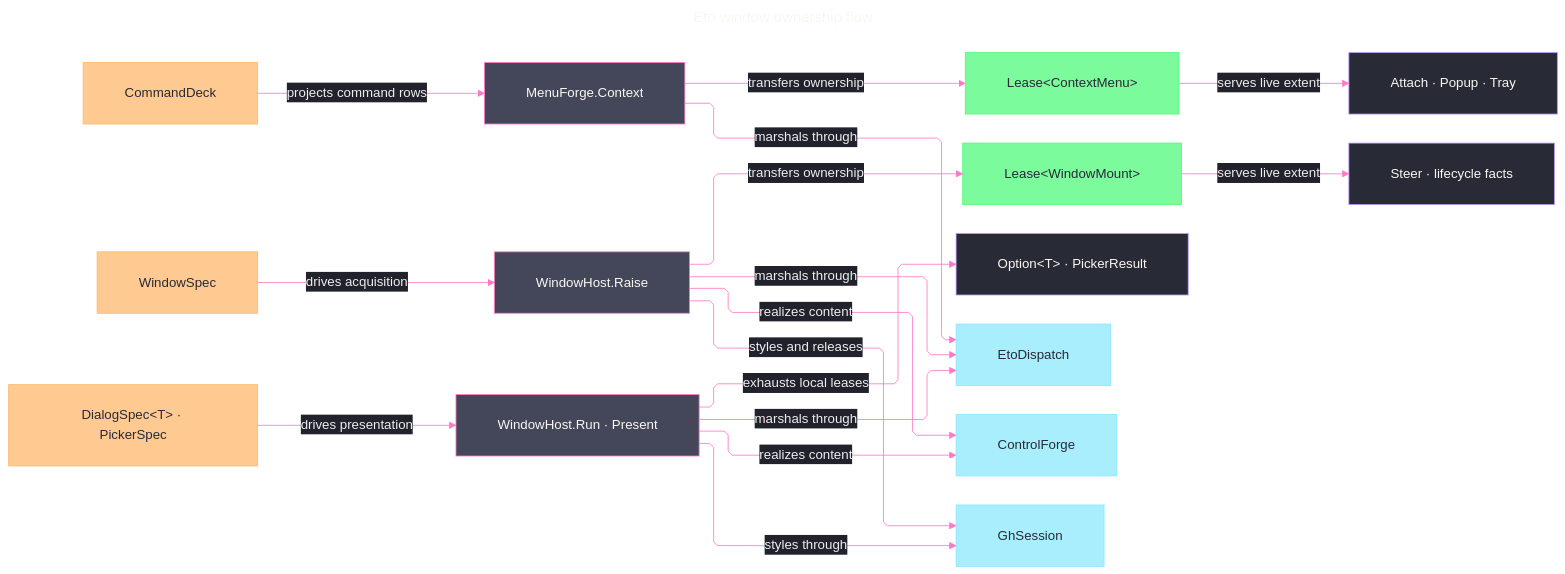
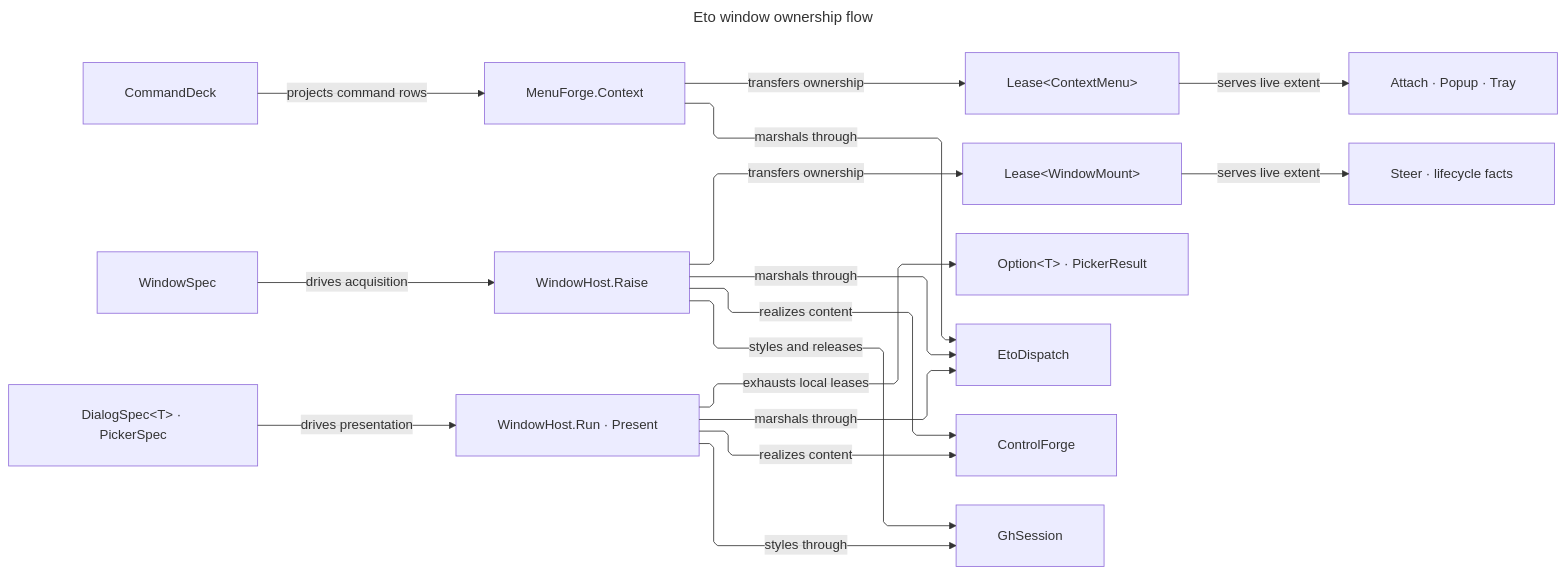
Before and after one commit to bsamiee/Rasm: the diagram in libs/csharp/Rasm.Grasshopper/.planning/Eto/windows.md, drawn with Mermaid. The commit also changed 324 other files, not shown here.

````diff
--- a/libs/csharp/Rasm.Grasshopper/.planning/Eto/windows.md
+++ b/libs/csharp/Rasm.Grasshopper/.planning/Eto/windows.md
@@ -654,62 +654,35 @@
 ```mermaid
 ---
 title: Eto window ownership flow
 config:
-  theme: base
-  look: classic
   layout: elk
   htmlLabels: true
   markdownAutoWrap: false
   deterministicIds: true
   elk:
     nodePlacementStrategy: NETWORK_SIMPLEX
     considerModelOrder: NODES_AND_EDGES
   flowchart:
     curve: linear
     defaultRenderer: elk
     padding: 25
-  themeVariables:
-    darkMode: true
-    fontFamily: "SF Mono, Menlo, Cascadia Mono, Segoe UI Mono, Consolas, monospace"
-    useGradient: false
-    dropShadow: "none"
-    background: "#282A36"
-    mainBkg: "#44475A"
-    nodeBorder: "#BD93F9"
-    lineColor: "#FF79C6"
-    arrowheadColor: "#FF79C6"
-    textColor: "#F8F8F2"
-    titleColor: "#D6BCFA"
-    edgeLabelBackground: "#21222C"
-    labelBackgroundColor: "#21222C"
-  themeCSS: ".nodeLabel{font-size:13px;font-weight:500}.edgeLabel{font-size:12px;font-weight:500}.cluster-label .nodeLabel{font-size:13.5px;font-weight:700;letter-spacing:.08em}.edge-thickness-normal{stroke-width:2px}.edge-thickness-thick{stroke-width:3px}.edge-pattern-dashed,.edge-pattern-dotted{stroke-width:1.5px;stroke-dasharray:4 6}.node rect,.node circle,.node polygon,.node path,.node .outer-path{stroke-width:1.5px;filter:none!important}.cluster rect{stroke-width:1px!important;stroke-dasharray:5 4!important;filter:none!important}.marker path{transform:scale(.8);transform-origin:5px 5px}.marker circle{transform:scale(.48);transform-origin:5px 5px}.edgeLabel rect{transform-box:fill-box;transform-origin:center;transform:scale(1.1,1.2)}"
 ---
 flowchart LR
   accTitle: Eto window ownership flow
   accDescr: Menu, window, and dialog gates acquire native resources inside one dispatcher and transfer or exhaust their leases at typed boundaries.
   CommandDeck["CommandDeck"] -->|"projects command rows"| MenuGate["MenuForge.Context"]
   MenuGate -->|"transfers ownership"| MenuLease["Lease&lt;ContextMenu&gt;"]
   MenuLease -->|"serves live extent"| MenuUse["Attach · Popup · Tray"]
   WindowSpec["WindowSpec"] -->|"drives acquisition"| RaiseGate["WindowHost.Raise"]
   RaiseGate -->|"transfers ownership"| WindowLease["Lease&lt;WindowMount&gt;"]
   WindowLease -->|"serves live extent"| WindowUse["Steer · lifecycle facts"]
   DialogSpec["DialogSpec&lt;T&gt; · PickerSpec"] -->|"drives presentation"| DialogGate["WindowHost.Run · Present"]
   DialogGate -->|"exhausts local leases"| Result["Option&lt;T&gt; · PickerResult"]
   MenuGate -->|"marshals through"| Dispatch["EtoDispatch"]
   RaiseGate -->|"marshals through"| Dispatch
   DialogGate -->|"marshals through"| Dispatch
   RaiseGate -->|"realizes content"| ControlForge["ControlForge"]
   DialogGate -->|"realizes content"| ControlForge
   RaiseGate -->|"styles and releases"| Session["GhSession"]
   DialogGate -->|"styles through"| Session
-  classDef primary fill:#44475A,stroke:#FF79C6,color:#F8F8F2
-  classDef boundary fill:#282A36,stroke:#BD93F9,color:#F8F8F2
-  classDef success fill:#50FA7BBF,stroke:#50FA7B,color:#282A36
-  classDef data fill:#FFB86CBF,stroke:#FFB86C,color:#282A36
-  classDef external fill:#8BE9FDBF,stroke:#8BE9FD,color:#282A36
-  class CommandDeck,WindowSpec,DialogSpec data
-  class MenuGate,RaiseGate,DialogGate primary
-  class MenuLease,WindowLease success
-  class MenuUse,WindowUse,Result boundary
-  class Dispatch,ControlForge,Session external
 ```
````
